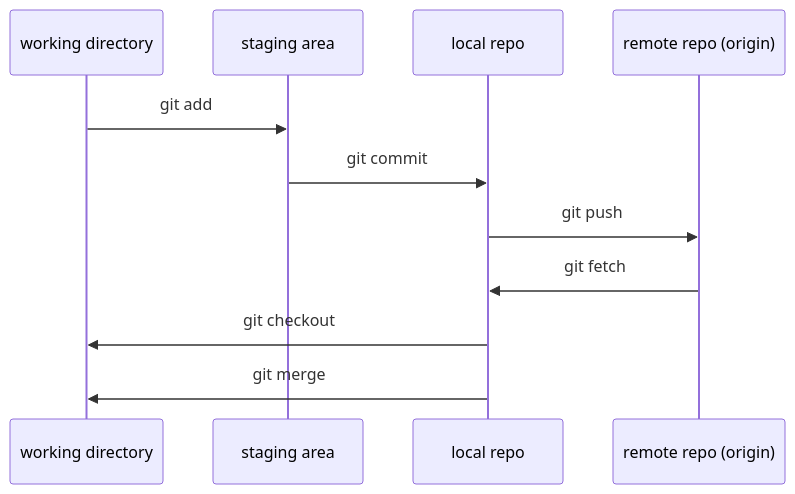
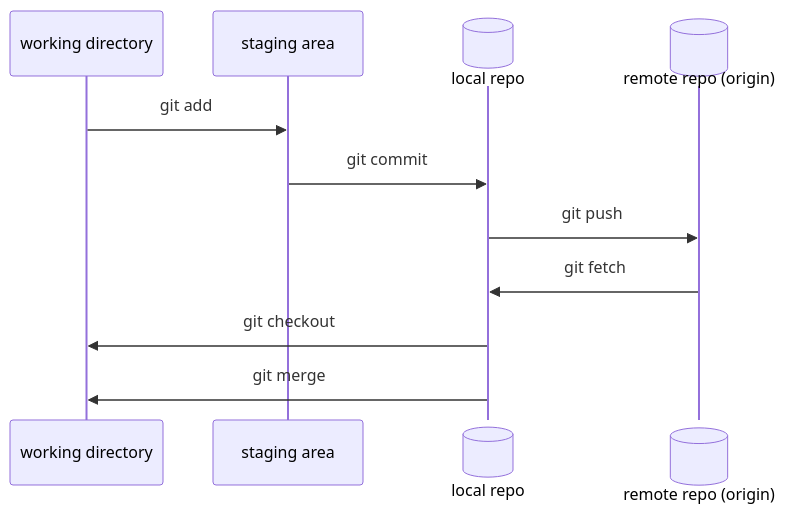
One commit to open-energy-transition/entsoe-training changed the diagram in individual.mmd. Above: the diagram before and after it, drawn with Mermaid. The commit also changed 1 other file, not shown here.

Commit message:
Add database as participant type

```diff
--- a/individual.mmd
+++ b/individual.mmd
@@ -1,11 +1,11 @@
 sequenceDiagram
   participant working as working directory
   participant staging as staging area
-  participant local as local repo
-  participant remote as remote repo (origin)
+  participant local@{ "type" : "database" } as local repo
+  participant remote@{ "type" : "database" } as remote repo (origin)
   working ->> staging: git add
   staging ->> local: git commit
   local ->> remote: git push
   remote ->> local: git fetch
   local ->> working: git checkout
   local ->> working: git merge
```
